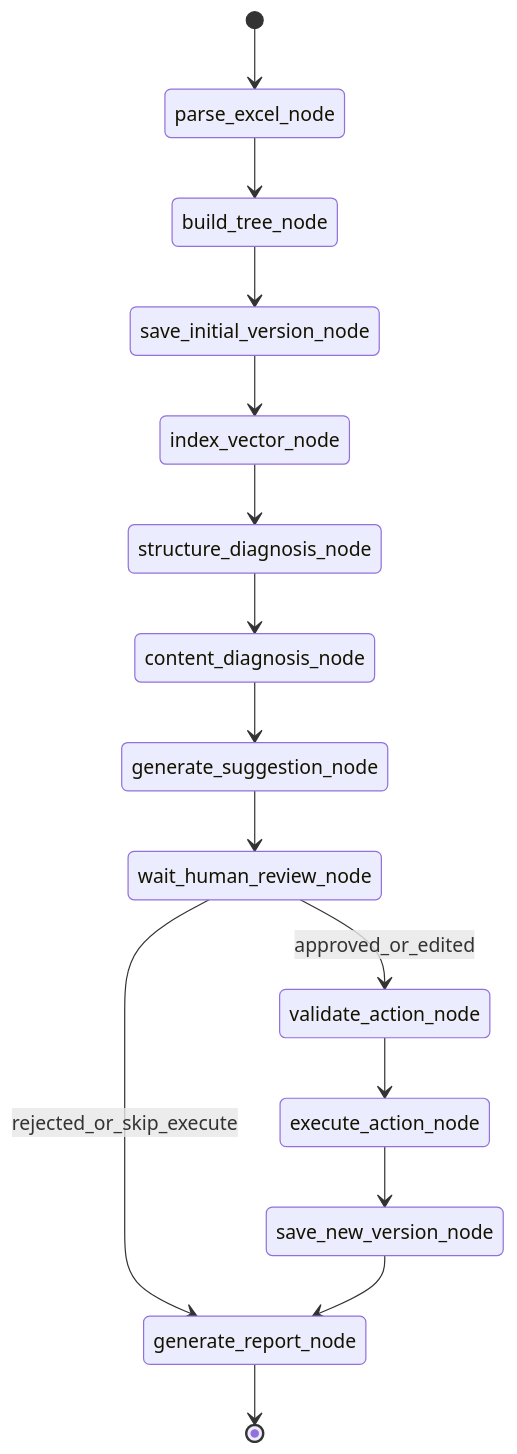
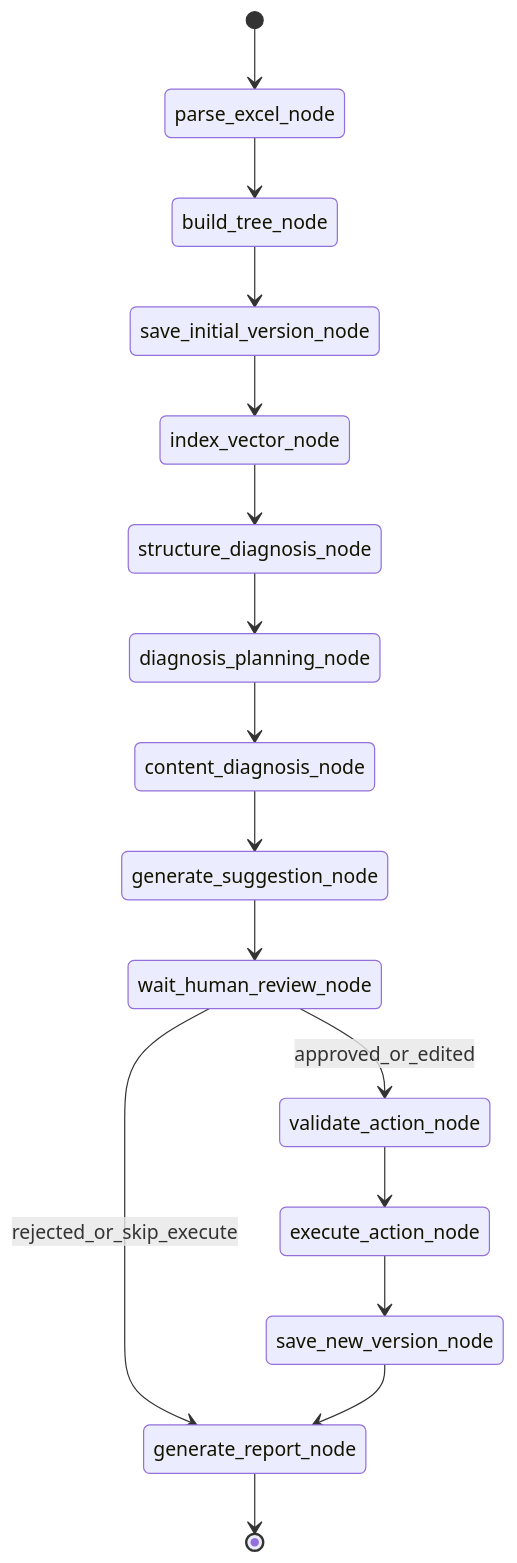
Before and after one commit to nagyan78/SystemMaintenanceAgent: the second of 2 diagrams in dev-doc/10_LangGraph智能体工作流开发设计.md, drawn with Mermaid. The commit also changed other lines of this file and 35 other files, not shown here.

Commit message:
feat: implement m2 content diagnosis agent

````diff
--- a/dev-doc/10_LangGraph智能体工作流开发设计.md
+++ b/dev-doc/10_LangGraph智能体工作流开发设计.md
@@ -308,17 +348,18 @@
 ```mermaid
 stateDiagram-v2
     [*] --> parse_excel_node
     parse_excel_node --> build_tree_node
     build_tree_node --> save_initial_version_node
     save_initial_version_node --> index_vector_node
     index_vector_node --> structure_diagnosis_node
-    structure_diagnosis_node --> content_diagnosis_node
+    structure_diagnosis_node --> diagnosis_planning_node
+    diagnosis_planning_node --> content_diagnosis_node
     content_diagnosis_node --> generate_suggestion_node
     generate_suggestion_node --> wait_human_review_node
     wait_human_review_node --> validate_action_node: approved_or_edited
     wait_human_review_node --> generate_report_node: rejected_or_skip_execute
     validate_action_node --> execute_action_node
     execute_action_node --> save_new_version_node
     save_new_version_node --> generate_report_node
     generate_report_node --> [*]
 ```
````
